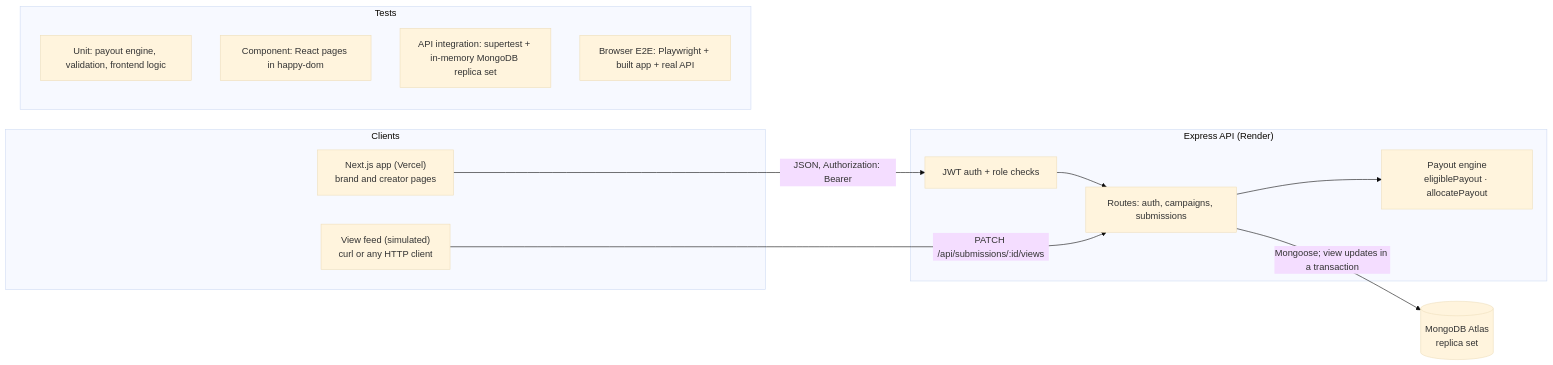
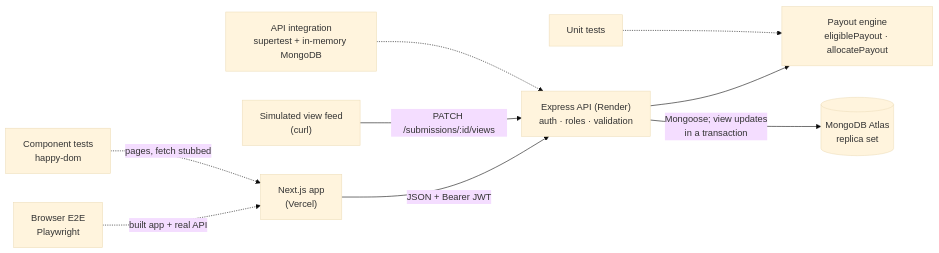
The diagram in README.md (VTCodeCraft/memed-payout-tracker), drawn with Mermaid (base theme) before and after one commit.

Commit message:
docs: lay the architecture diagram out left to right
On GitHub the test layers, drawn as an unconnected group, stacked the diagram into a tall column that pushed the request flow out of view. Each test layer now points with a dotted edge at what it exercises, so the flow from browser to API to database reads left to right and the diagram still shows all four test layers.

````diff
--- a/README.md
+++ b/README.md
@@ -28,23 +28,11 @@
 ```mermaid
 flowchart LR
-  subgraph Clients
-    UI["Next.js app (Vercel)<br/>brand and creator pages"]
-    Feed["View feed (simulated)<br/>curl or any HTTP client"]
-  end
-  subgraph API["Express API (Render)"]
-    Auth["JWT auth + role checks"]
-    Routes["Routes: auth, campaigns, submissions"]
-    Engine["Payout engine<br/>eligiblePayout · allocatePayout"]
-  end
-  DB[("MongoDB Atlas<br/>replica set")]
-  UI -- "JSON, Authorization: Bearer" --> Auth --> Routes
-  Feed -- "PATCH /api/submissions/:id/views" --> Routes
-  Routes --> Engine
-  Routes -- "Mongoose; view updates in a transaction" --> DB
-  subgraph Tests
-    T1["Unit: payout engine, validation, frontend logic"]
-    T2["Component: React pages in happy-dom"]
-    T3["API integration: supertest + in-memory MongoDB replica set"]
-    T4["Browser E2E: Playwright + built app + real API"]
-  end
+  UI["Next.js app<br/>(Vercel)"] -- "JSON + Bearer JWT" --> API["Express API (Render)<br/>auth · roles · validation"]
+  Feed["Simulated view feed<br/>(curl)"] -- "PATCH /submissions/:id/views" --> API
+  API --> Engine["Payout engine<br/>eligiblePayout · allocatePayout"]
+  API -- "Mongoose; view updates<br/>in a transaction" --> DB[("MongoDB Atlas<br/>replica set")]
+  E2E["Browser E2E<br/>Playwright"] -. "built app + real API" .-> UI
+  Comp["Component tests<br/>happy-dom"] -. "pages, fetch stubbed" .-> UI
+  Integ["API integration<br/>supertest + in-memory MongoDB"] -.-> API
+  Unit["Unit tests"] -.-> Engine
 ```
````
